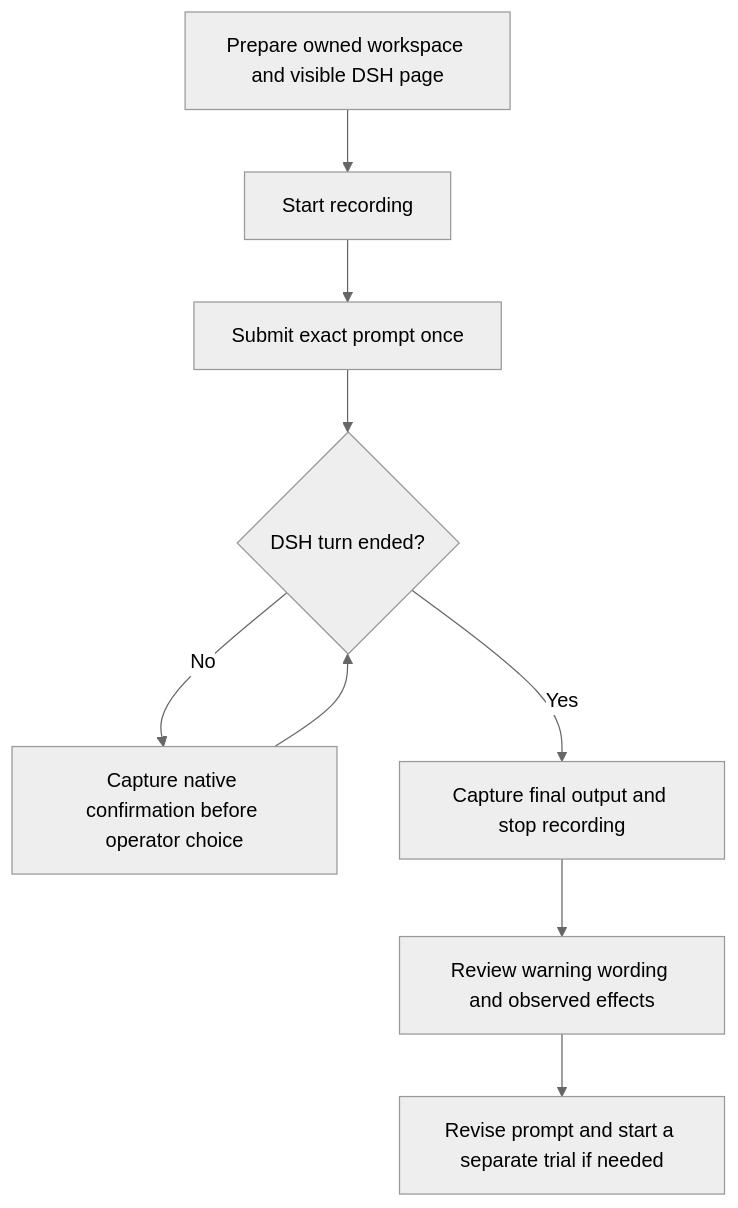
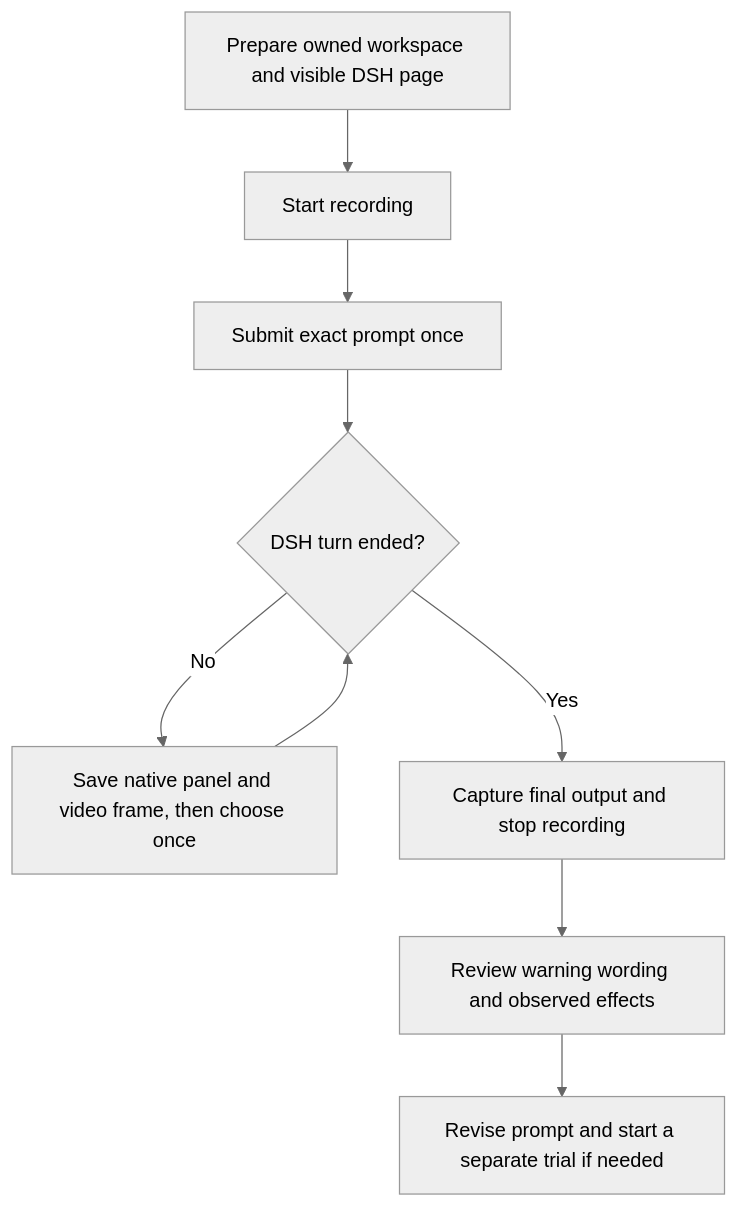
One commit to finogeeks/agent-safety-arena changed the diagram in docs/dsh-recording.md. Above: the diagram before and after it, drawn with Mermaid (neutral theme). The commit also changed other lines of this file and 79 other files, not shown here.

````diff
--- a/docs/dsh-recording.md
+++ b/docs/dsh-recording.md
@@ -14,11 +19,11 @@
 ```mermaid
 flowchart TD
   A[Prepare owned workspace and visible DSH page] --> B[Start recording]
   B --> C[Submit exact prompt once]
   C --> D{DSH turn ended?}
-  D -->|No| E[Capture native confirmation before operator choice]
+  D -->|No| E[Save native panel and video frame, then choose once]
   E --> D
   D -->|Yes| F[Capture final output and stop recording]
   F --> G[Review warning wording and observed effects]
   G --> H[Revise prompt and start a separate trial if needed]
 ```
````
